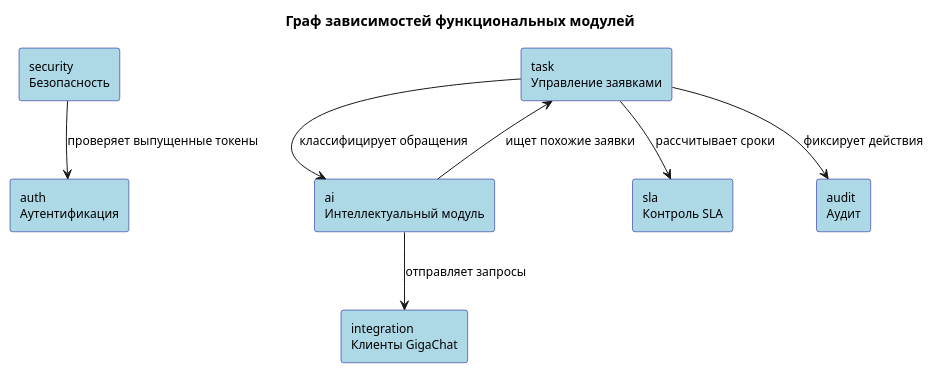
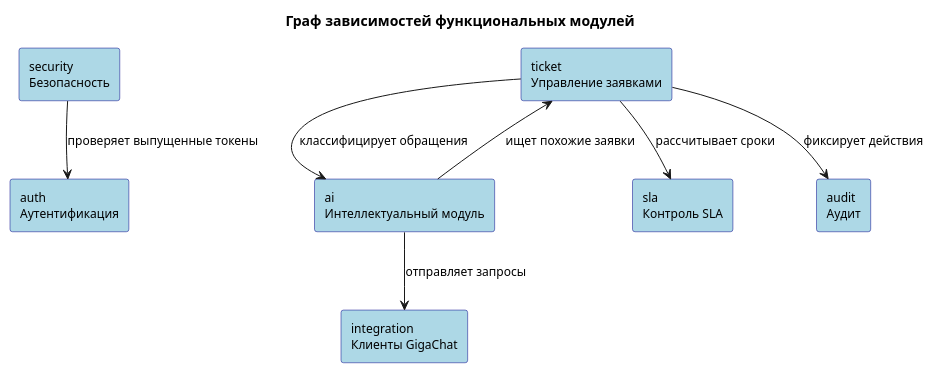
One commit to lol-kek-help/dip-ii changed the diagram in docs/зависимость функциональных модулей.md. Above: the diagram before and after it, drawn with PlantUML.

Commit message:
Rename 'task' to 'ticket' in dependency graph

````diff
--- a/docs/зависимость функциональных модулей.md
+++ b/docs/зависимость функциональных модулей.md
@@ -2,24 +2,24 @@
 ```plantuml
 @startuml
 skinparam rectangleBackgroundColor LightBlue
 skinparam rectangleBorderColor DarkBlue
 skinparam defaultFontSize 12
 
 title Граф зависимостей функциональных модулей
 
 rectangle "auth\nАутентификация" as auth
 rectangle "security\nБезопасность" as sec
-rectangle "task\nУправление заявками" as task
+rectangle "ticket\nУправление заявками" as ticket
 rectangle "ai\nИнтеллектуальный модуль" as ai
 rectangle "integration\nКлиенты GigaChat" as integ
 rectangle "sla\nКонтроль SLA" as sla
 rectangle "audit\nАудит" as audit
 
 sec --> auth : "проверяет выпущенные токены"
-task --> ai : "классифицирует обращения"
-task --> audit : "фиксирует действия"
-task --> sla : "рассчитывает сроки"
+ticket --> ai : "классифицирует обращения"
+ticket --> audit : "фиксирует действия"
+ticket --> sla : "рассчитывает сроки"
 ai --> integ : "отправляет запросы"
-ai --> task : "ищет похожие заявки"
+ai --> ticket : "ищет похожие заявки"
 @enduml
 ```
````
